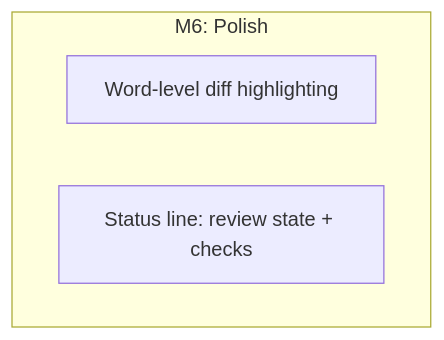
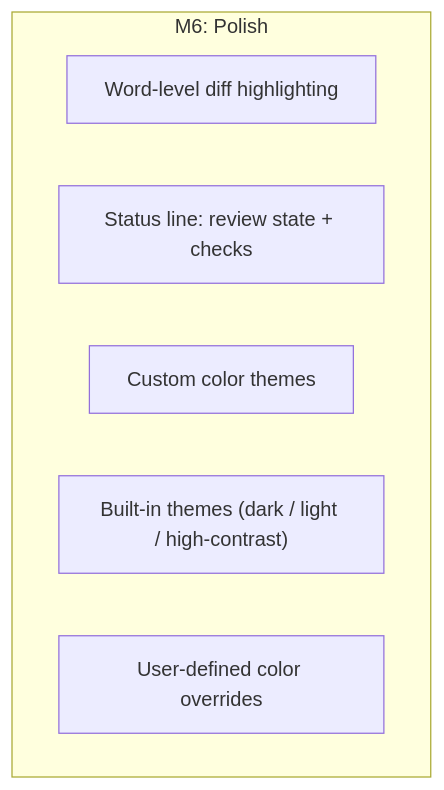
One commit to Neville-Loh/gh-review changed the fourth of 5 diagrams in docs/ROADMAP.md. Above: the diagram before and after it, drawn with Mermaid. The commit also changed other lines of this file, not shown here.

First line of the commit message:
update roadmap

````diff
--- a/docs/ROADMAP.md
+++ b/docs/ROADMAP.md
@@ -228,7 +257,10 @@
 ```mermaid
 graph TD
     subgraph m6 [M6: Polish]
         C7[Word-level diff highlighting]
         C9[Status line: review state + checks]
+        C10[Custom color themes]
+        C11["Built-in themes (dark / light / high-contrast)"]
+        C12[User-defined color overrides]
     end
 ```
````
